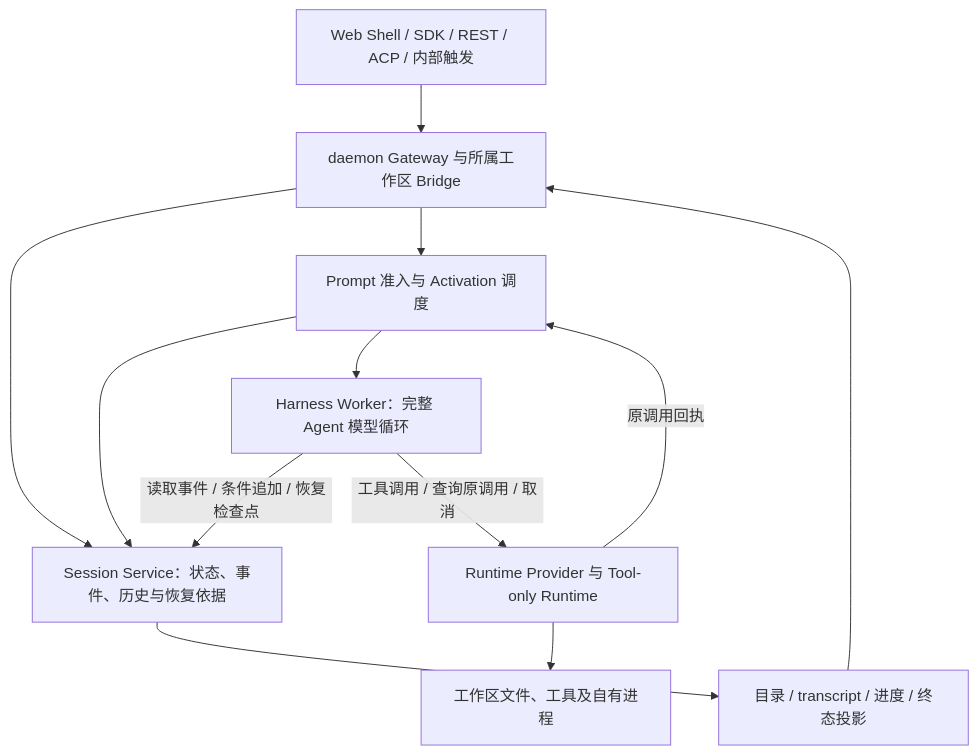
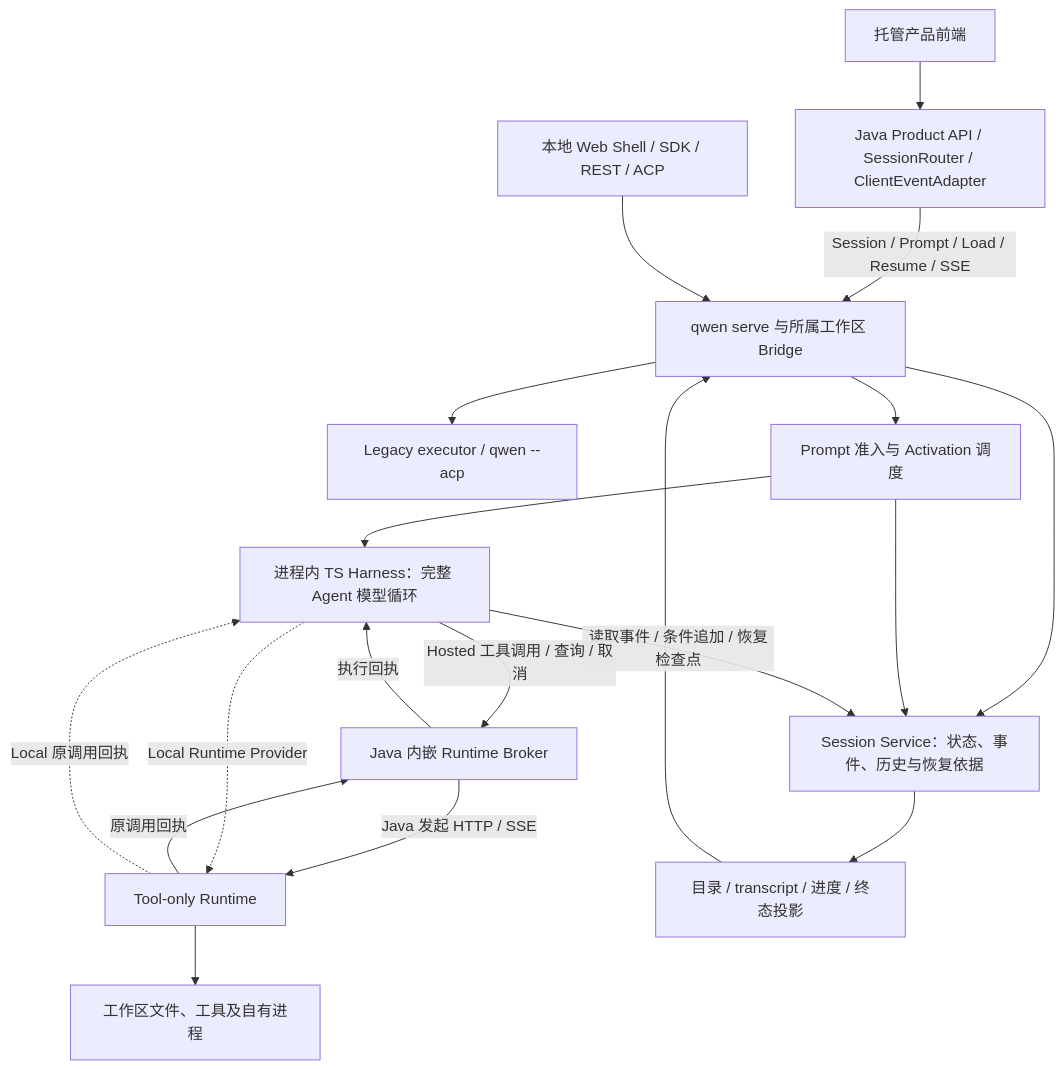
The first of 2 diagrams in qwen-code/feature/managed-agents/managed-agent-session-harness-runtime.md (doudouOUC/code_agent), drawn with Mermaid before and after one commit. The commit also changed other lines of this file and 38 other files, not shown here.

````diff
--- a/qwen-code/feature/managed-agents/managed-agent-session-harness-runtime.md
+++ b/qwen-code/feature/managed-agents/managed-agent-session-harness-runtime.md
@@ -17,14 +21,21 @@
 ```mermaid
 flowchart TB
-    C[Web Shell / SDK / REST / ACP / 内部触发] --> G[daemon Gateway 与所属工作区 Bridge]
+    C[托管产品前端] --> J[Java Product API / SessionRouter / ClientEventAdapter]
+    J -->|Session / Prompt / Load / Resume / SSE| G[qwen serve 与所属工作区 Bridge]
+    L[本地 Web Shell / SDK / REST / ACP] --> G
+    G --> X[Legacy executor / qwen --acp]
     G --> S[Session Service：状态、事件、历史与恢复依据]
     G --> P[Prompt 准入与 Activation 调度]
     P --> S
-    P --> H[Harness Worker：完整 Agent 模型循环]
+    P --> H[进程内 TS Harness：完整 Agent 模型循环]
     H -->|读取事件 / 条件追加 / 恢复检查点| S
-    H -->|工具调用 / 查询原调用 / 取消| R[Runtime Provider 与 Tool-only Runtime]
+    H -->|Hosted 工具调用 / 查询 / 取消| B[Java 内嵌 Runtime Broker]
+    B -->|Java 发起 HTTP / SSE| R[Tool-only Runtime]
+    H -.->|Local Runtime Provider| R
     R --> W[工作区文件、工具及自有进程]
-    R -->|原调用回执| P
+    R -->|原调用回执| B
+    B -->|执行回执| H
+    R -.->|Local 原调用回执| H
     S --> V[目录 / transcript / 进度 / 终态投影]
     V --> G
 ```
````
